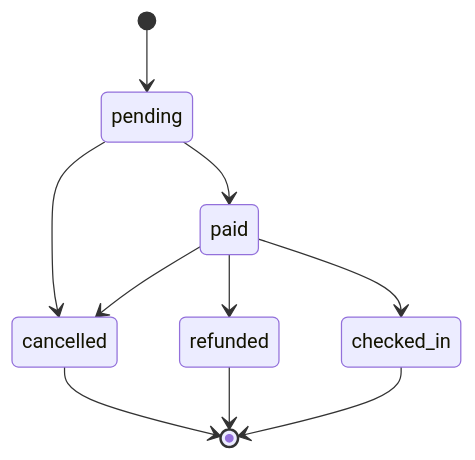
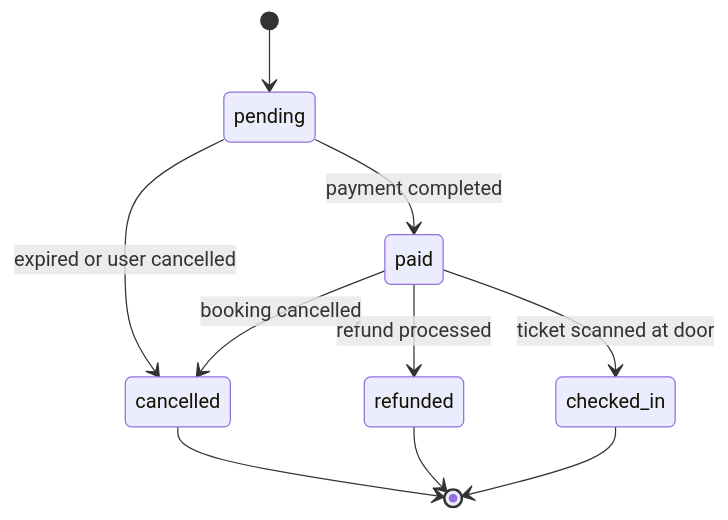
Before and after one commit to TariladoFavour/das-2026-capstone-project: the third of 3 diagrams in docs/architecture.md, drawn with Mermaid. The commit also changed other lines of this file and 10 other files, not shown here.

Commit message:
Build 3: Ai-built server, architectureand tests, ai log

````diff
--- a/docs/architecture.md
+++ b/docs/architecture.md
@@ -65,12 +77,12 @@
 ```mermaid
 stateDiagram-v2
   [*] --> pending
-  pending --> paid
-  pending --> cancelled
-  paid --> checked_in
-  paid --> refunded
-  paid --> cancelled
+  pending --> paid : payment completed
+  pending --> cancelled : expired or user cancelled
+  paid --> checked_in : ticket scanned at door
+  paid --> refunded : refund processed
+  paid --> cancelled : booking cancelled
   cancelled --> [*]
   refunded --> [*]
   checked_in --> [*]
 ```
````
